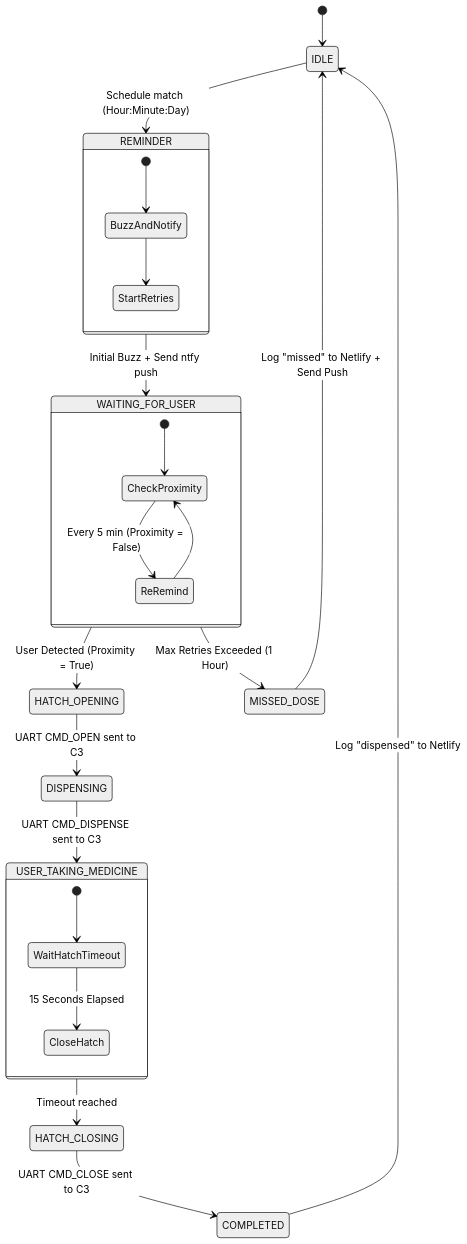
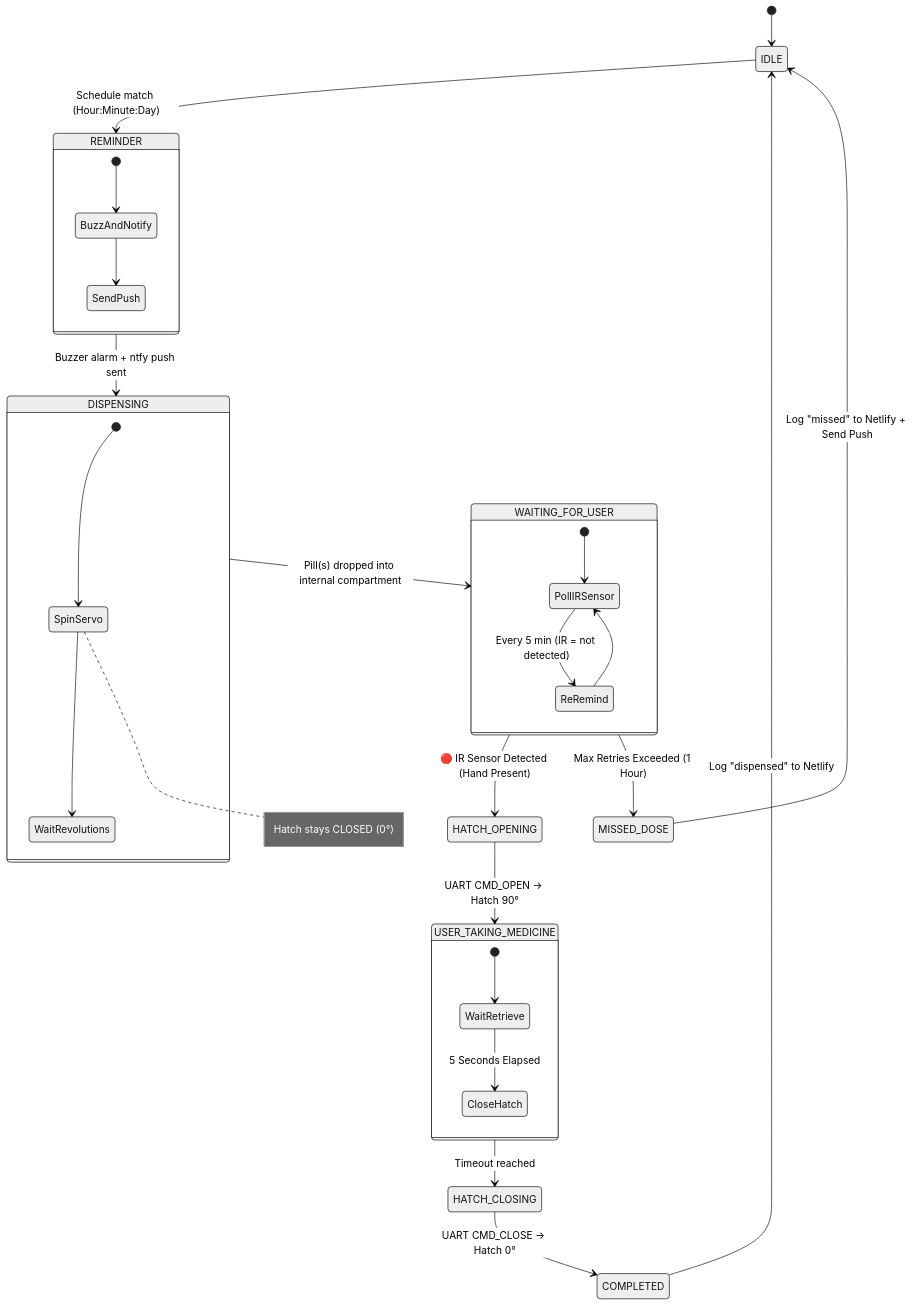
The fourth of 6 diagrams in MedDispenser/docs/DEVICE_OPERATION_GUIDE.md (JanClyde05/MedDispenser), drawn with Mermaid (neutral theme) before and after one commit. The commit also changed other lines of this file and 13 other files, not shown here.

````diff
--- a/MedDispenser/docs/DEVICE_OPERATION_GUIDE.md
+++ b/MedDispenser/docs/DEVICE_OPERATION_GUIDE.md
@@ -152,36 +159,43 @@
 ```mermaid
 stateDiagram-v2
     [*] --> IDLE
     
     IDLE --> REMINDER : Schedule match (Hour:Minute:Day)
     
     state REMINDER {
         [*] --> BuzzAndNotify
-        BuzzAndNotify --> StartRetries
+        BuzzAndNotify --> SendPush
     }
     
-    REMINDER --> WAITING_FOR_USER : Initial Buzz + Send ntfy push
+    REMINDER --> DISPENSING : Buzzer alarm + ntfy push sent
+
+    state DISPENSING {
+        [*] --> SpinServo
+        SpinServo --> WaitRevolutions
+        note right of SpinServo : Hatch stays CLOSED (0°)
+    }
+
+    DISPENSING --> WAITING_FOR_USER : Pill(s) dropped into internal compartment
     
     state WAITING_FOR_USER {
-        [*] --> CheckProximity
-        CheckProximity --> ReRemind : Every 5 min (Proximity = False)
-        ReRemind --> CheckProximity
+        [*] --> PollIRSensor
+        PollIRSensor --> ReRemind : Every 5 min (IR = not detected)
+        ReRemind --> PollIRSensor
     }
     
-    WAITING_FOR_USER --> HATCH_OPENING : User Detected (Proximity = True)
+    WAITING_FOR_USER --> HATCH_OPENING : 🔴 IR Sensor Detected (Hand Present)
     WAITING_FOR_USER --> MISSED_DOSE : Max Retries Exceeded (1 Hour)
     
     MISSED_DOSE --> IDLE : Log "missed" to Netlify + Send Push
     
-    HATCH_OPENING --> DISPENSING : UART CMD_OPEN sent to C3
-    DISPENSING --> USER_TAKING_MEDICINE : UART CMD_DISPENSE sent to C3
+    HATCH_OPENING --> USER_TAKING_MEDICINE : UART CMD_OPEN → Hatch 90°
     
     state USER_TAKING_MEDICINE {
-        [*] --> WaitHatchTimeout
-        WaitHatchTimeout --> CloseHatch : 15 Seconds Elapsed
+        [*] --> WaitRetrieve
+        WaitRetrieve --> CloseHatch : 5 Seconds Elapsed
     }
     
     USER_TAKING_MEDICINE --> HATCH_CLOSING : Timeout reached
-    HATCH_CLOSING --> COMPLETED : UART CMD_CLOSE sent to C3
+    HATCH_CLOSING --> COMPLETED : UART CMD_CLOSE → Hatch 0°
     COMPLETED --> IDLE : Log "dispensed" to Netlify
 ```
````
